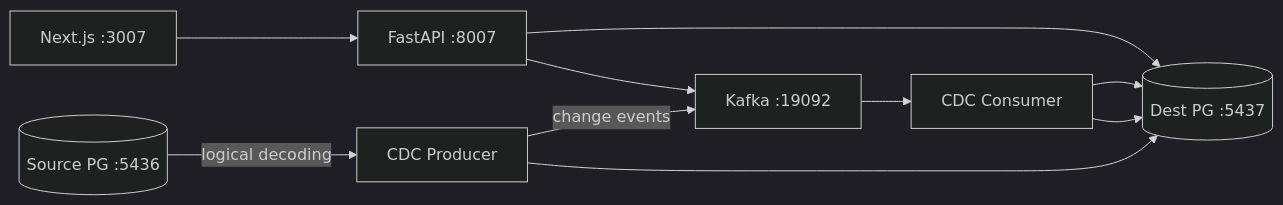
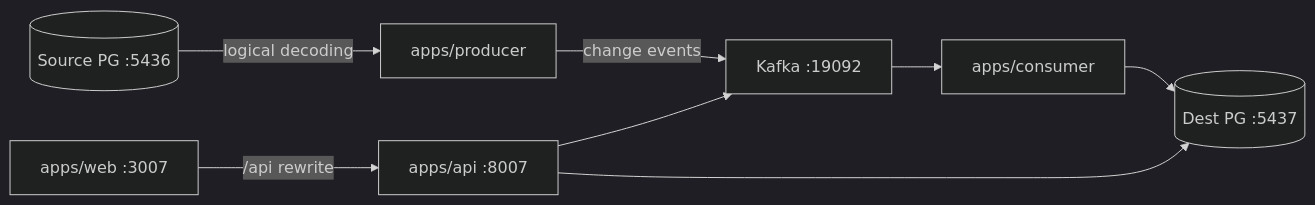
The diagram in docs/architecture.md (bhavinsurge/cdc-sync-platform), drawn with Mermaid (dark theme) before and after one commit. The commit also changed other lines of this file and 83 other files, not shown here.

````diff
--- a/docs/architecture.md
+++ b/docs/architecture.md
@@ -5,12 +24,10 @@
 ```mermaid
 flowchart LR
-  Src[(Source PG :5436)] -->|logical decoding| Producer[CDC Producer]
+  Src[(Source PG :5436)] -->|logical decoding| Producer[apps/producer]
   Producer -->|change events| Kafka[Kafka :19092]
-  Kafka --> Consumer[CDC Consumer]
+  Kafka --> Consumer[apps/consumer]
   Consumer --> Dest[(Dest PG :5437)]
-  UI[Next.js :3007] --> API[FastAPI :8007]
+  UI[apps/web :3007] -->|/api rewrite| API[apps/api :8007]
   API --> Dest
   API --> Kafka
-  Producer --> Dest
-  Consumer --> Dest
 ```
````
